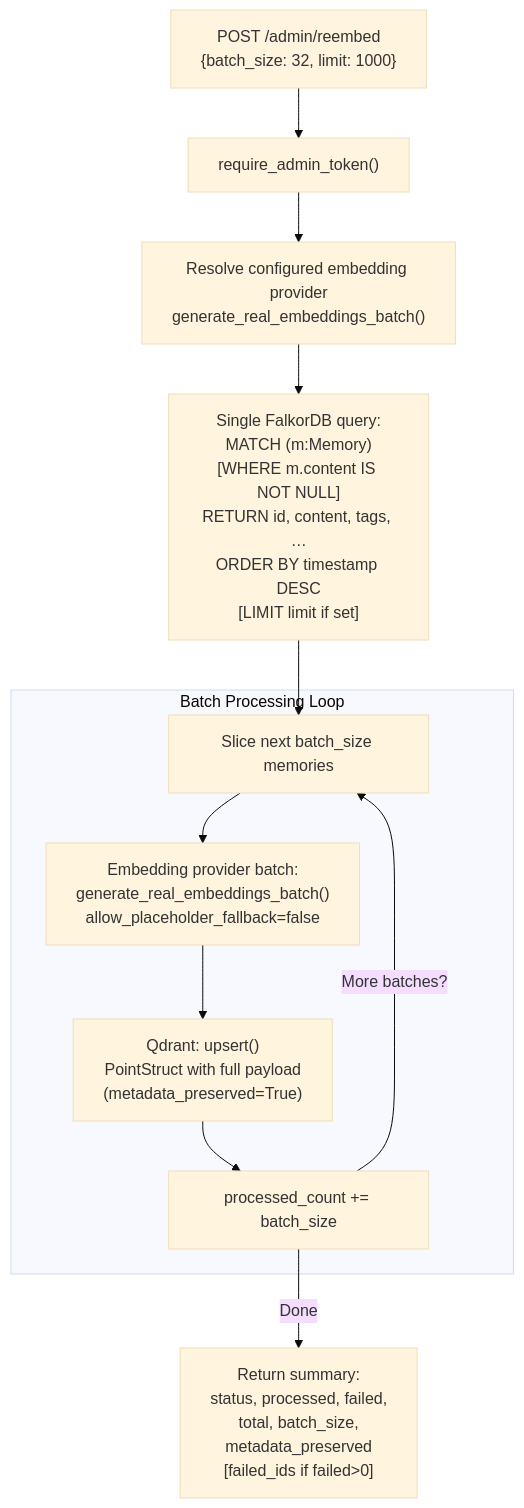
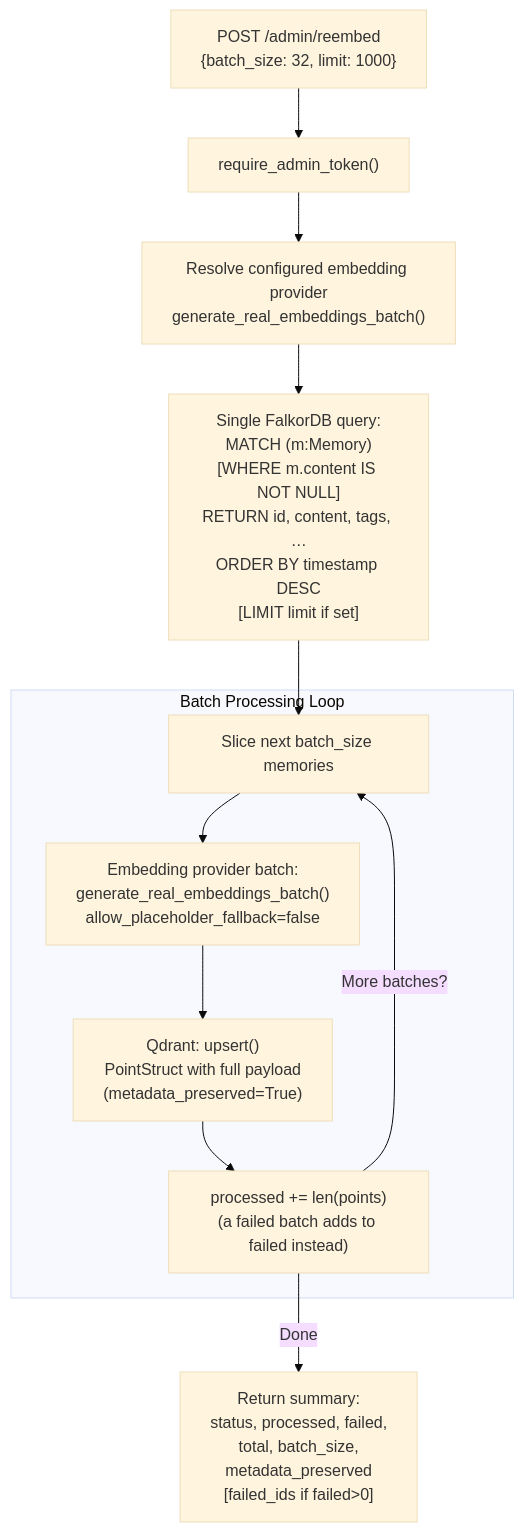
The third of 3 diagrams in src/content/docs/docs/reference/api/admin.md (verygoodplugins/automem-website), drawn with Mermaid (base theme) before and after one commit. The commit also changed other lines of this file and 2 other files, not shown here.

````diff
--- a/src/content/docs/docs/reference/api/admin.md
+++ b/src/content/docs/docs/reference/api/admin.md
@@ -261,30 +277,30 @@
 ```mermaid
 graph TB
     Request["POST /admin/reembed<br/>{batch_size: 32, limit: 1000}"]
     Auth["require_admin_token()"]
     Init["Resolve configured embedding provider<br/>generate_real_embeddings_batch()"]
 
     FetchAll["Single FalkorDB query:<br/>MATCH (m:Memory)<br/>[WHERE m.content IS NOT NULL]<br/>RETURN id, content, tags, …<br/>ORDER BY timestamp DESC<br/>[LIMIT limit if set]"]
 
     subgraph "Batch Processing Loop"
         Slice["Slice next batch_size memories"]
 
         CallProvider["Embedding provider batch:<br/>generate_real_embeddings_batch()<br/>allow_placeholder_fallback=false"]
 
         UpdateQdrant["Qdrant: upsert()<br/>PointStruct with full payload<br/>(metadata_preserved=True)"]
 
-        IncrCount["processed_count += batch_size"]
+        IncrCount["processed += len(points)<br/>(a failed batch adds to failed instead)"]
     end
 
     Response["Return summary:<br/>status, processed, failed,<br/>total, batch_size,<br/>metadata_preserved<br/>[failed_ids if failed&gt;0]"]
 
     Request-->Auth
     Auth-->Init
     Init-->FetchAll
     FetchAll-->Slice
     Slice-->CallProvider
     CallProvider-->UpdateQdrant
     UpdateQdrant-->IncrCount
     IncrCount-->|More batches?|Slice
     IncrCount-->|Done|Response
 ```
````
